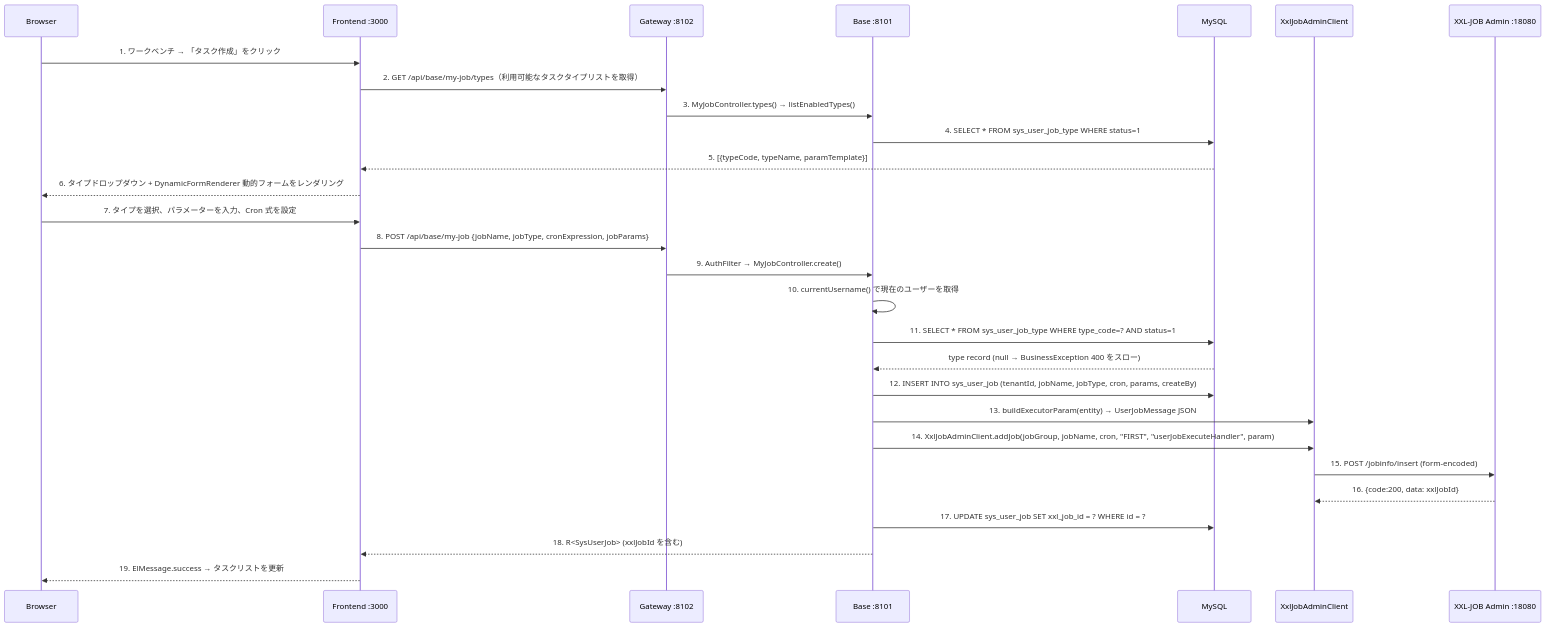
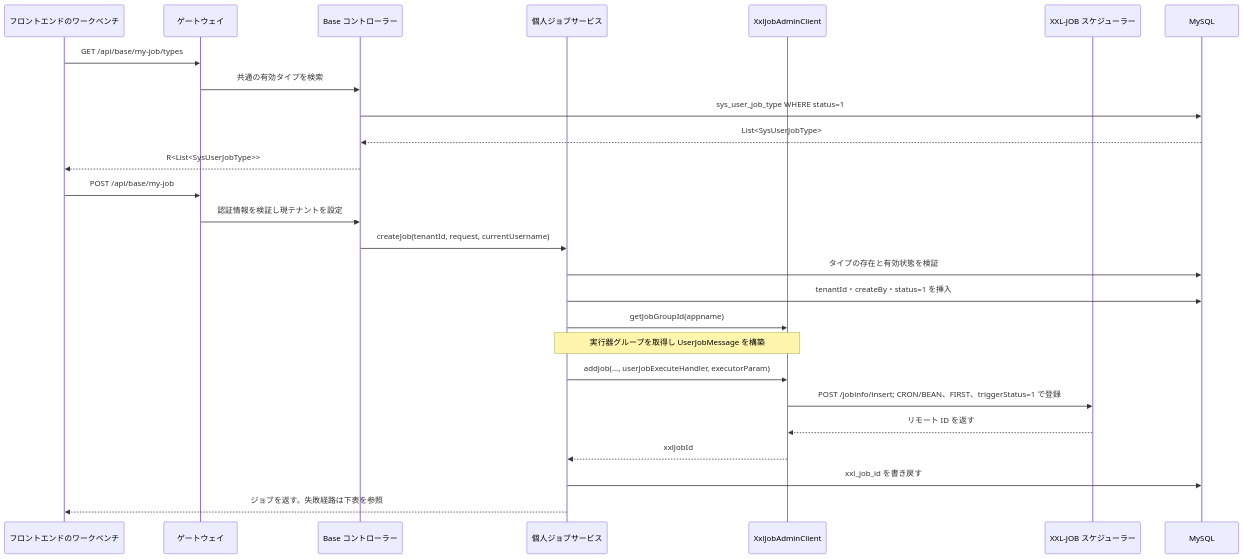
Before and after one commit to wang-baohai/Omni-Stack: diagram 12 of 21 in docs/core-flows.jp.md, drawn with Mermaid. The commit also changed other lines of this file and 1095 other files, not shown here.

````diff
--- a/docs/core-flows.jp.md
+++ b/docs/core-flows.jp.md
@@ -1315,32 +1047,28 @@
 ```mermaid
 sequenceDiagram
-    participant B as Browser
-    participant F as Frontend :3000
-    participant G as Gateway :8102
-    participant Base as Base :8101
-    participant M as MySQL
+    participant F as フロントエンドのワークベンチ
+    participant G as ゲートウェイ
+    participant C as Base コントローラー
+    participant S as 個人ジョブサービス
     participant X as XxlJobAdminClient
-    participant XA as XXL-JOB Admin :18080
-
-    B->>F: 1. ワークベンチ → 「タスク作成」をクリック
-    F->>G: 2. GET /api/base/my-job/types（利用可能なタスクタイプリストを取得）
-    G->>Base: 3. MyJobController.types() → listEnabledTypes()
-    Base->>M: 4. SELECT * FROM sys_user_job_type WHERE status=1
-    M-->>F: 5. [{typeCode, typeName, paramTemplate}]
-    F-->>B: 6. タイプドロップダウン + DynamicFormRenderer 動的フォームをレンダリング
-
-    B->>F: 7. タイプを選択、パラメーターを入力、Cron 式を設定
-    F->>G: 8. POST /api/base/my-job {jobName, jobType, cronExpression, jobParams}
-    G->>Base: 9. AuthFilter → MyJobController.create()
-    Base->>Base: 10. currentUsername() で現在のユーザーを取得
-    Base->>M: 11. SELECT * FROM sys_user_job_type WHERE type_code=? AND status=1
-    M-->>Base: type record (null → BusinessException 400 をスロー)
-    Base->>M: 12. INSERT INTO sys_user_job (tenantId, jobName, jobType, cron, params, createBy)
-    Base->>X: 13. buildExecutorParam(entity) → UserJobMessage JSON
-    Base->>X: 14. XxlJobAdminClient.addJob(jobGroup, jobName, cron, "FIRST", "userJobExecuteHandler", param)
-    X->>XA: 15. POST /jobinfo/insert (form-encoded)
-    XA-->>X: 16. {code:200, data: xxlJobId}
-    Base->>M: 17. UPDATE sys_user_job SET xxl_job_id = ? WHERE id = ?
-    Base-->>F: 18. R<SysUserJob> (xxlJobId を含む)
-    F-->>B: 19. ElMessage.success → タスクリストを更新
+    participant A as XXL-JOB スケジューラー
+    participant D as MySQL
+    F->>G: GET /api/base/my-job/types
+    G->>C: 共通の有効タイプを検索
+    C->>D: sys_user_job_type WHERE status=1
+    D-->>C: List<SysUserJobType>
+    C-->>F: R<List<SysUserJobType>>
+    F->>G: POST /api/base/my-job
+    G->>C: 認証情報を検証し現テナントを設定
+    C->>S: createJob(tenantId, request, currentUsername)
+    S->>D: タイプの存在と有効状態を検証
+    S->>D: tenantId・createBy・status=1 を挿入
+    S->>X: getJobGroupId(appname)
+    Note over S,X: 実行器グループを取得し UserJobMessage を構築
+    S->>X: addJob(..., userJobExecuteHandler, executorParam)
+    X->>A: POST /jobinfo/insert#59; CRON/BEAN、FIRST、triggerStatus=1 で登録
+    A-->>X: リモート ID を返す
+    X-->>S: xxlJobId
+    S->>D: xxl_job_id を書き戻す
+    S-->>F: ジョブを返す。失敗経路は下表を参照
 ```
````
